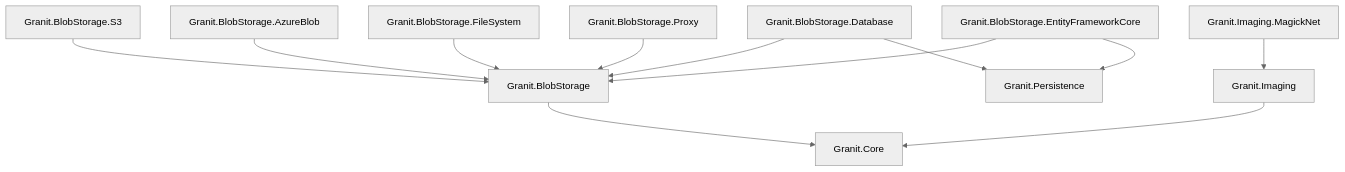
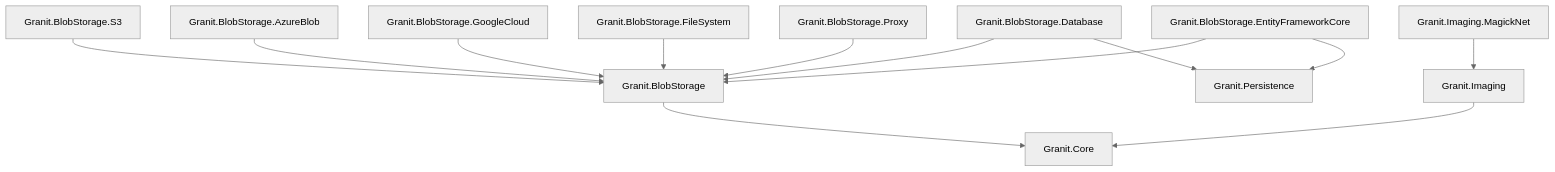
Before and after one commit to enraiz/granit-dotnet: the first of 4 diagrams in docs-site/src/content/docs/reference/modules/blob-storage.mdx, drawn with Mermaid (neutral theme). The commit also changed other lines of this file and 3 other files, not shown here.

````diff
--- a/docs-site/src/content/docs/reference/modules/blob-storage.mdx
+++ b/docs-site/src/content/docs/reference/modules/blob-storage.mdx
@@ -80,14 +83,15 @@
 ```mermaid
 graph TD
     BS[Granit.BlobStorage] --> CO[Granit.Core]
     S3[Granit.BlobStorage.S3] --> BS
     AZ[Granit.BlobStorage.AzureBlob] --> BS
+    GC[Granit.BlobStorage.GoogleCloud] --> BS
     FS[Granit.BlobStorage.FileSystem] --> BS
     DB[Granit.BlobStorage.Database] --> BS
     DB --> P[Granit.Persistence]
     PX[Granit.BlobStorage.Proxy] --> BS
     EF[Granit.BlobStorage.EntityFrameworkCore] --> BS
     EF --> P
     IM[Granit.Imaging] --> CO
     MN[Granit.Imaging.MagickNet] --> IM
 ```
````
